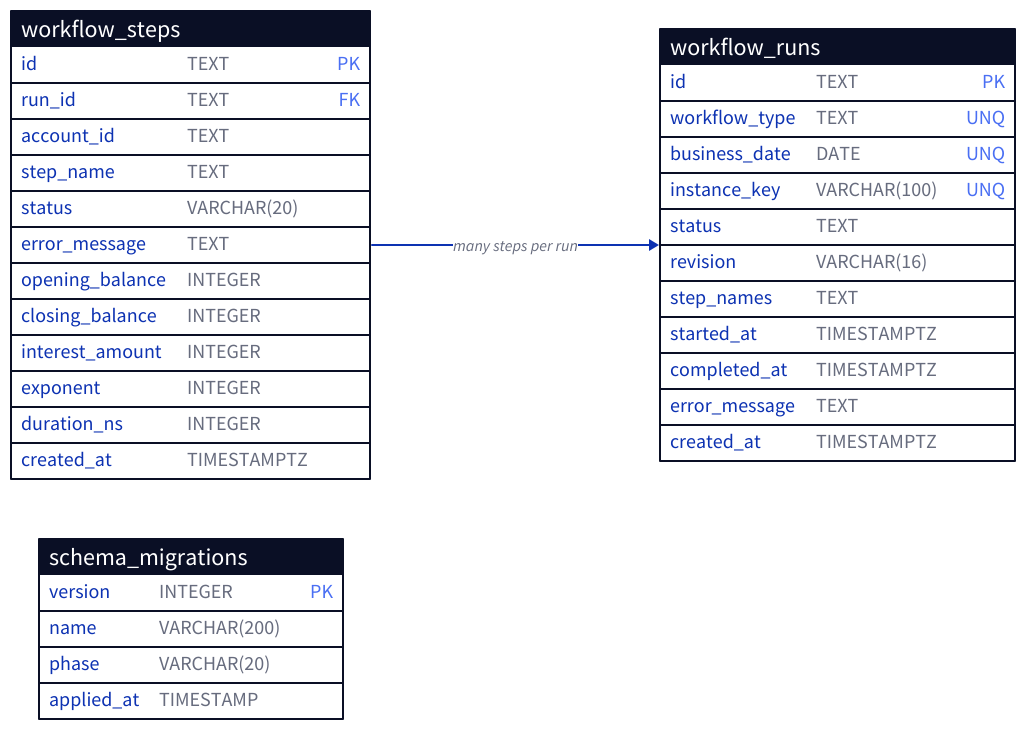
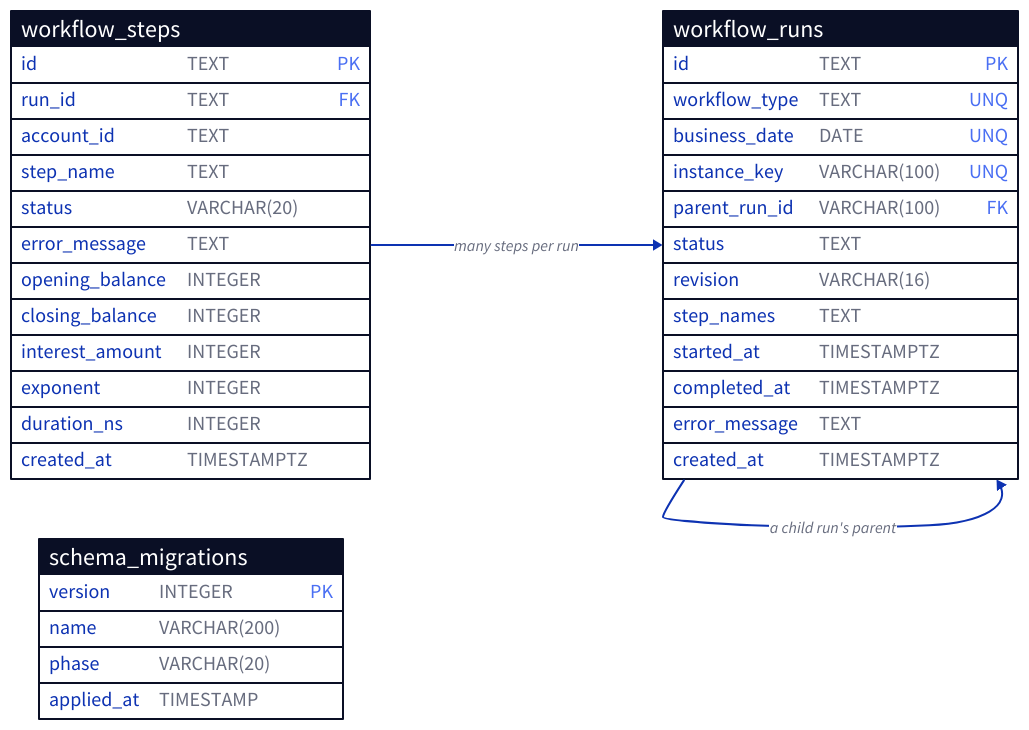
Before and after one commit to drummonds/gobank-workflow: the diagram in schema.d2, drawn with D2. The commit also changed 22 other files, not shown here.

First line of the commit message:
Child runs: StartChild, the parent link, descendants by status, sub-process steps drawn collapsed (#35)

```diff
--- a/schema.d2
+++ b/schema.d2
@@ -1,46 +1,48 @@
 # The tables of a migrated gobank-workflow database and how they key
 # together. One view, one question: what is stored, and what refers to
 # what. Columns and their meaning are in schema.md.
 
 direction: right
 
 workflow_runs: {
   shape: sql_table
   id: TEXT {constraint: primary_key}
   workflow_type: TEXT {constraint: unique}
   business_date: DATE {constraint: unique}
   instance_key: VARCHAR(100) {constraint: unique}
+  parent_run_id: VARCHAR(100) {constraint: foreign_key}
   status: TEXT
   revision: VARCHAR(16)
   step_names: TEXT
   started_at: TIMESTAMPTZ
   completed_at: TIMESTAMPTZ
   error_message: TEXT
   created_at: TIMESTAMPTZ
 }
 
 workflow_steps: {
   shape: sql_table
   id: TEXT {constraint: primary_key}
   run_id: TEXT {constraint: foreign_key}
   account_id: TEXT
   step_name: TEXT
   status: VARCHAR(20)
   error_message: TEXT
   opening_balance: INTEGER
   closing_balance: INTEGER
   interest_amount: INTEGER
   exponent: INTEGER
   duration_ns: INTEGER
   created_at: TIMESTAMPTZ
 }
 
 schema_migrations: {
   shape: sql_table
   version: INTEGER {constraint: primary_key}
   name: VARCHAR(200)
   phase: VARCHAR(20)
   applied_at: TIMESTAMP
 }
 
 workflow_steps.run_id -> workflow_runs.id: "many steps per run"
+workflow_runs.parent_run_id -> workflow_runs.id: "a child run's parent"
```
